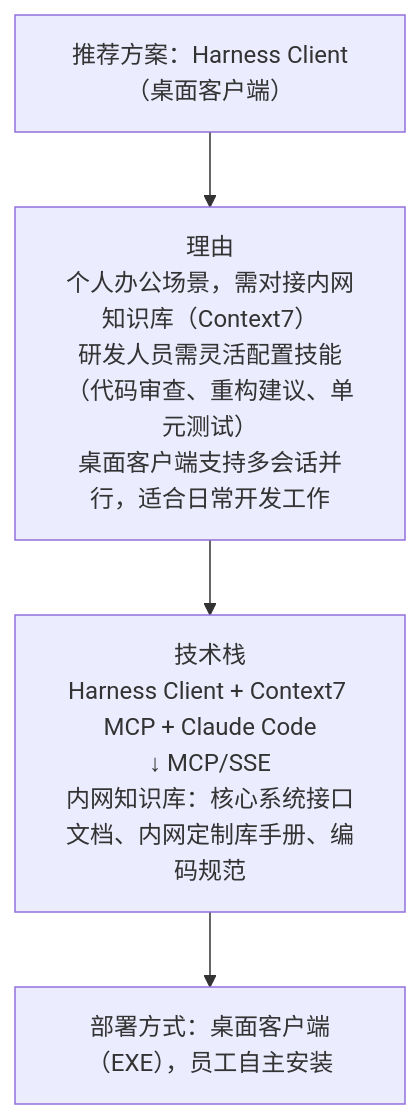
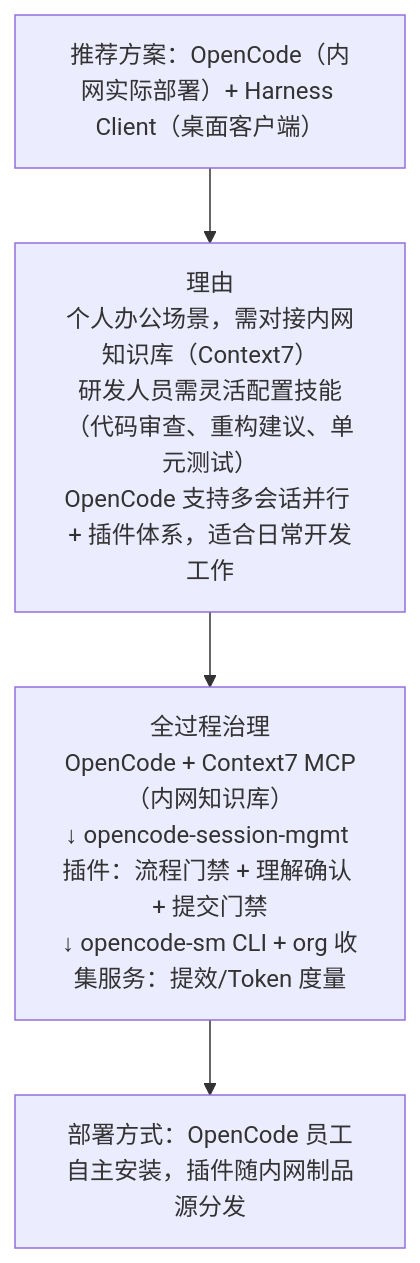
The tenth of 34 diagrams in 1. 银行大模型本地化落地与AI转型全景规划书.md (wonglaitung/splan), drawn with Mermaid before and after one commit. The commit also changed other lines of this file and 4 other files, not shown here.

````diff
--- a/1. 银行大模型本地化落地与AI转型全景规划书.md
+++ b/1. 银行大模型本地化落地与AI转型全景规划书.md
@@ -367,8 +370,8 @@
 ```mermaid
 flowchart TB
-    A["推荐方案：Harness Client（桌面客户端）"]
-    B["理由<br/>个人办公场景，需对接内网知识库（Context7）<br/>研发人员需灵活配置技能（代码审查、重构建议、单元测试）<br/>桌面客户端支持多会话并行，适合日常开发工作"]
-    C["技术栈<br/>Harness Client + Context7 MCP + Claude Code<br/>↓ MCP/SSE<br/>内网知识库：核心系统接口文档、内网定制库手册、编码规范"]
-    D["部署方式：桌面客户端（EXE），员工自主安装"]
+    A["推荐方案：OpenCode（内网实际部署）+ Harness Client（桌面客户端）"]
+    B["理由<br/>个人办公场景，需对接内网知识库（Context7）<br/>研发人员需灵活配置技能（代码审查、重构建议、单元测试）<br/>OpenCode 支持多会话并行 + 插件体系，适合日常开发工作"]
+    C["全过程治理<br/>OpenCode + Context7 MCP（内网知识库）<br/>↓ opencode-session-mgmt 插件：流程门禁 + 理解确认 + 提交门禁<br/>↓ opencode-sm CLI + org 收集服务：提效/Token 度量"]
+    D["部署方式：OpenCode 员工自主安装，插件随内网制品源分发"]
     A --> B --> C --> D
 ```
````
